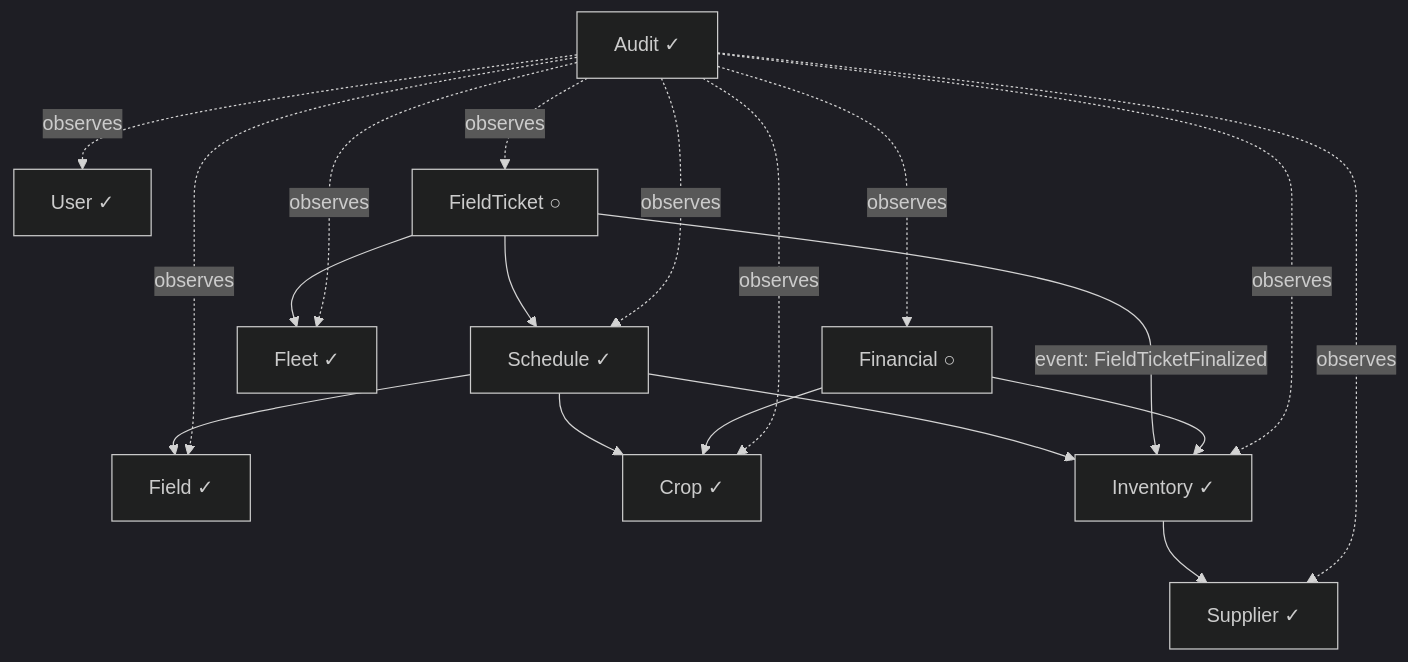
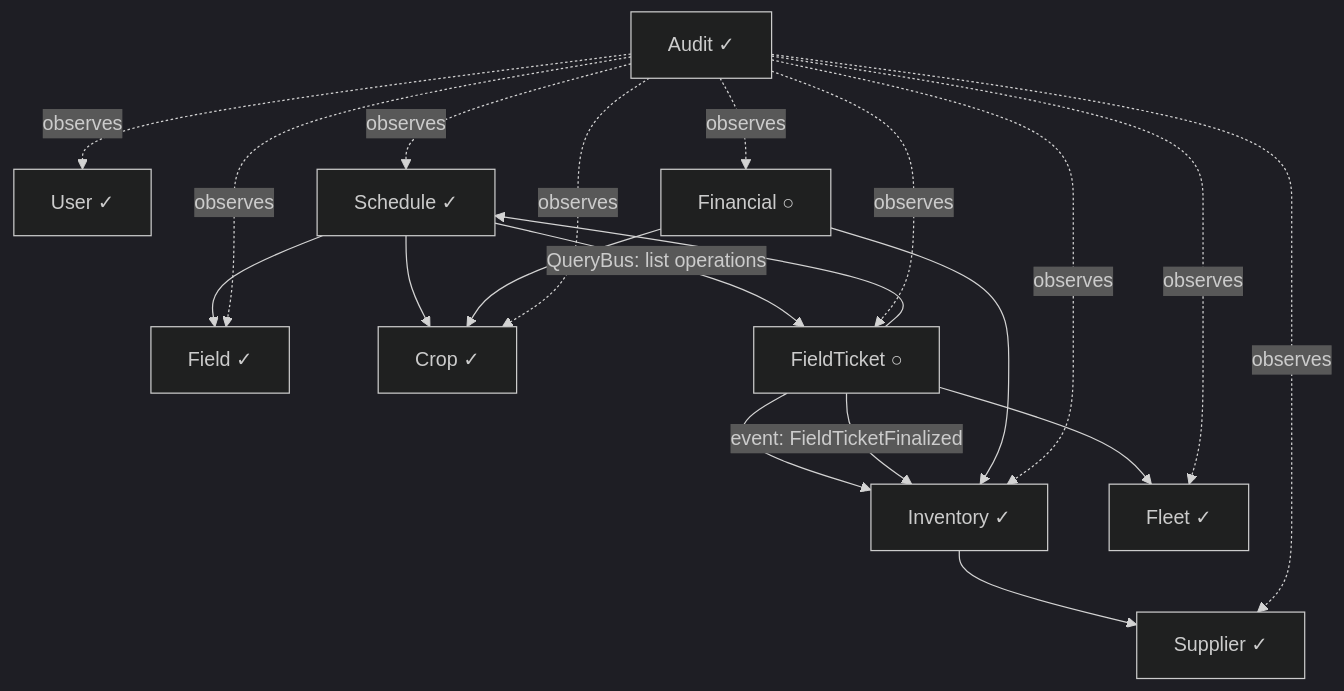
One commit to fellipefreiire/farm-app-docs changed the diagram in architecture.md. Above: the diagram before and after it, drawn with Mermaid (dark theme). The commit also changed other lines of this file and 8 other files, not shown here.

First line of the commit message:
docs: update for FieldTicket domain and schedule auto-status ADR

````diff
--- a/architecture.md
+++ b/architecture.md
@@ -28,32 +28,33 @@
 ```mermaid
 graph TD
   User[User ✓]
   Field[Field ✓]
   Crop[Crop ✓]
   Audit[Audit ✓]
   Schedule[Schedule ✓]
   FieldTicket[FieldTicket ○]
   Inventory[Inventory ✓]
   Supplier[Supplier ✓]
   Fleet[Fleet ✓]
   Financial[Financial ○]
 
   Schedule --> Field
   Schedule --> Crop
-  Schedule --> Inventory
+  Schedule -->|QueryBus: list operations| FieldTicket
   FieldTicket --> Schedule
   FieldTicket --> Fleet
+  FieldTicket --> Inventory
   FieldTicket -->|event: FieldTicketFinalized| Inventory
   Financial --> Inventory
   Financial --> Crop
   Inventory --> Supplier
   Audit -.->|observes| User
   Audit -.->|observes| Field
   Audit -.->|observes| Crop
   Audit -.->|observes| Schedule
   Audit -.->|observes| FieldTicket
   Audit -.->|observes| Inventory
   Audit -.->|observes| Supplier
   Audit -.->|observes| Fleet
   Audit -.->|observes| Financial
 ```
````
